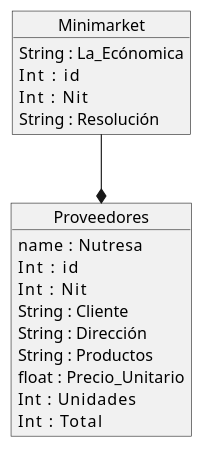
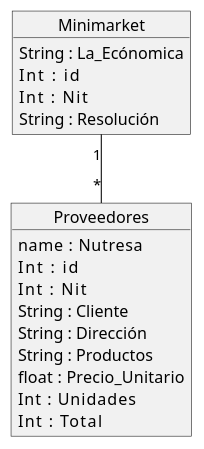
One commit to JerssonF/DIAGRAMA changed the diagram in DIAGRAMA/Diagrama.wsd. Above: the diagram before and after it, drawn with PlantUML. The commit also changed 1 other file, not shown here.

```diff
--- a/DIAGRAMA/Diagrama.wsd
+++ b/DIAGRAMA/Diagrama.wsd
@@ -1,24 +1,24 @@
 @startuml
 
 object Minimarket
 Minimarket : String : La_Ecónomica
 Minimarket : Int    : id
 Minimarket : Int    : Nit
 Minimarket : String : Resolución 
 
 
 
 object Proveedores
 Proveedores : name   : Nutresa
 Proveedores : Int    : id
 Proveedores : Int    : Nit
 Proveedores : String : Cliente
 Proveedores : String : Dirección
 Proveedores : String : Productos
 Proveedores : float  : Precio_Unitario
 Proveedores : Int    : Unidades
 Proveedores : Int    : Total
 
-Minimarket--* Proveedores
+Minimarket "1"--"*" Proveedores
 
 @enduml
```
